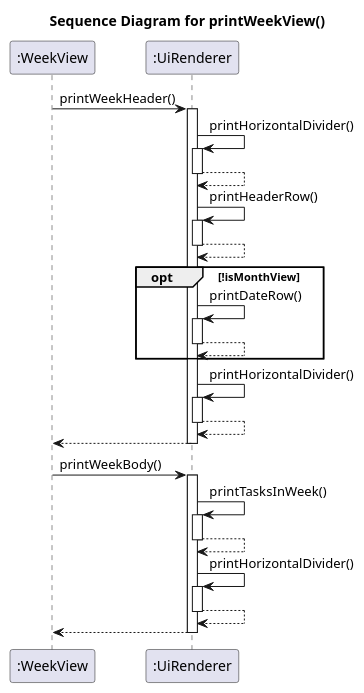
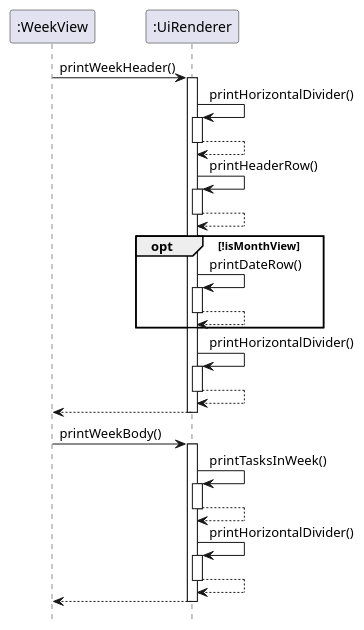
Before and after one commit to clarencepohh/tp: the diagram in docs/diagrams/sequence/PrintWeekViewSequenceDiagram.puml, drawn with PlantUML.

Commit message:
Update sequence diagram for printing the week's view

```diff
--- a/docs/diagrams/sequence/PrintWeekViewSequenceDiagram.puml
+++ b/docs/diagrams/sequence/PrintWeekViewSequenceDiagram.puml
@@ -1,55 +1,54 @@
 @startuml
 
 participant ":WeekView" as WeekView
 participant ":UiRenderer" as UiRenderer
-
-title Sequence Diagram for printWeekView()
 
 ' Printing of Week Header
 WeekView -> UiRenderer: printWeekHeader()
 
 activate UiRenderer
 UiRenderer -> UiRenderer: printHorizontalDivider()
 activate UiRenderer
 UiRenderer --> UiRenderer
 deactivate UiRenderer
 
 UiRenderer -> UiRenderer: printHeaderRow()
 activate UiRenderer
 UiRenderer --> UiRenderer
 deactivate UiRenderer
 
 opt !isMonthView
     UiRenderer -> UiRenderer: printDateRow()
     activate UiRenderer
     UiRenderer --> UiRenderer
     deactivate UiRenderer
 end
 
 UiRenderer -> UiRenderer: printHorizontalDivider()
 activate UiRenderer
 UiRenderer --> UiRenderer
 deactivate UiRenderer
 
 UiRenderer --> WeekView
 deactivate UiRenderer
 
 
 ' Printing of Week Body
 WeekView -> UiRenderer: printWeekBody()
 activate UiRenderer
 
 UiRenderer -> UiRenderer: printTasksInWeek()
 activate UiRenderer
 UiRenderer --> UiRenderer
 deactivate UiRenderer
 
 UiRenderer -> UiRenderer: printHorizontalDivider()
 activate UiRenderer
 UiRenderer --> UiRenderer
 deactivate UiRenderer
 
 UiRenderer --> WeekView
 deactivate UiRenderer
 
+hide footbox
 @enduml
```
